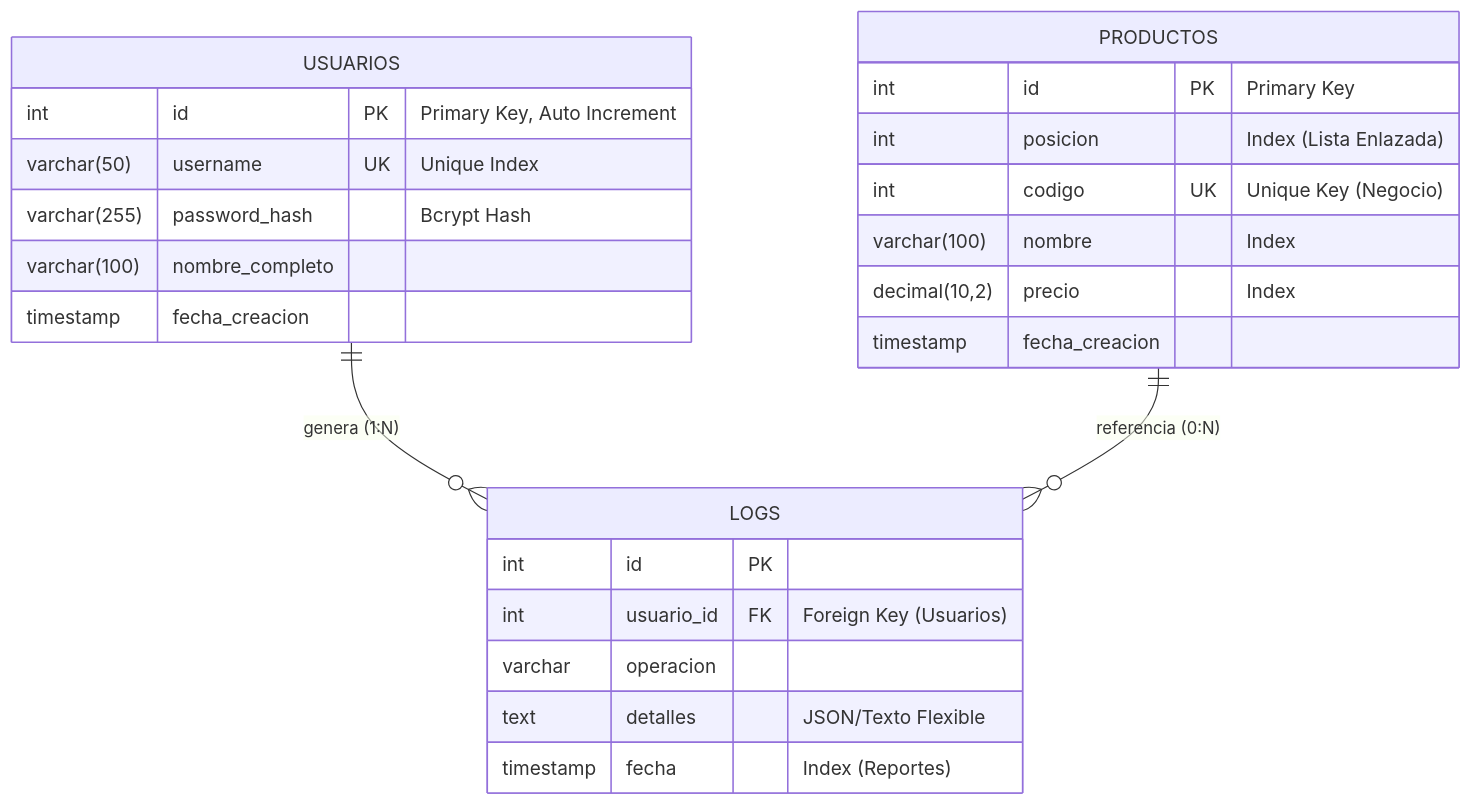
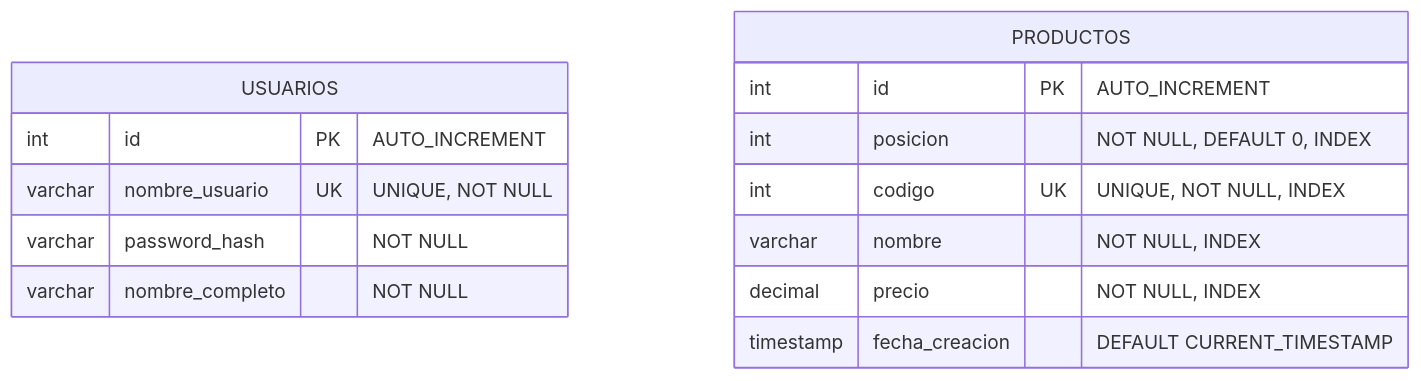
Before and after one commit to UlisesMavz/Sistema_Inventario: the second of 2 diagrams in designs/disenos_sistema.md, drawn with Mermaid. The commit also changed other lines of this file and 10 other files, not shown here.

````diff
--- a/designs/disenos_sistema.md
+++ b/designs/disenos_sistema.md
@@ -214,30 +196,21 @@
 ```mermaid
 erDiagram
-    USUARIOS ||--o{ LOGS : "genera (1:N)"
-    PRODUCTOS ||--o{ LOGS : "referencia (0:N)"
+    
     
     USUARIOS {
-        int id PK "Primary Key, Auto Increment"
-        varchar(50) username UK "Unique Index"
-        varchar(255) password_hash "Bcrypt Hash"
-        varchar(100) nombre_completo
-        timestamp fecha_creacion
+        int id PK "AUTO_INCREMENT"
+        varchar nombre_usuario UK "UNIQUE, NOT NULL"
+        varchar password_hash "NOT NULL"
+        varchar nombre_completo "NOT NULL"
     }
     
     PRODUCTOS {
-        int id PK "Primary Key"
-        int posicion "Index (Lista Enlazada)"
-        int codigo UK "Unique Key (Negocio)"
-        varchar(100) nombre "Index"
-        decimal(10,2) precio "Index"
-        timestamp fecha_creacion
+        int id PK "AUTO_INCREMENT"
+        int posicion "NOT NULL, DEFAULT 0, INDEX"
+        int codigo UK "UNIQUE, NOT NULL, INDEX"
+        varchar nombre "NOT NULL, INDEX"
+        decimal precio "NOT NULL, INDEX"
+        timestamp fecha_creacion "DEFAULT CURRENT_TIMESTAMP"
     }
     
-    LOGS {
-        int id PK
-        int usuario_id FK "Foreign Key (Usuarios)"
-        varchar operacion
-        text detalles "JSON/Texto Flexible"
-        timestamp fecha "Index (Reportes)"
-    }
 ```
````
